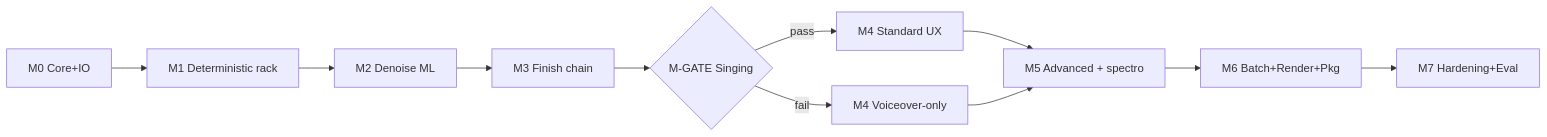
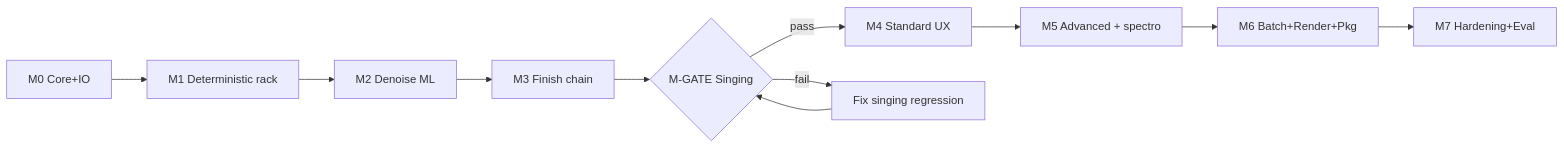
The third of 3 diagrams in docs/plans/2026-06-29-feat-yesvox-v1-restoration-workstation-plan.md (DanielKinsner/yes-voice), drawn with Mermaid before and after one commit. The commit also changed other lines of this file and 1 other file, not shown here.

Commit message:
docs(#17): align singing gate fallback references

````diff
--- a/docs/plans/2026-06-29-feat-yesvox-v1-restoration-workstation-plan.md
+++ b/docs/plans/2026-06-29-feat-yesvox-v1-restoration-workstation-plan.md
@@ -565,13 +565,13 @@
 ```mermaid
 flowchart LR
   M0[M0 Core+IO] --> M1[M1 Deterministic rack]
   M1 --> M2[M2 Denoise ML]
   M2 --> M3[M3 Finish chain]
   M3 --> MG{M-GATE Singing}
   MG -- pass --> M4[M4 Standard UX]
-  MG -- fail --> M4V[M4 Voiceover-only]
+  MG -- fail --> M4R[Fix singing regression]
+  M4R --> MG
   M4 --> M5[M5 Advanced + spectro]
-  M4V --> M5
   M5 --> M6[M6 Batch+Render+Pkg]
   M6 --> M7[M7 Hardening+Eval]
 ```
````
